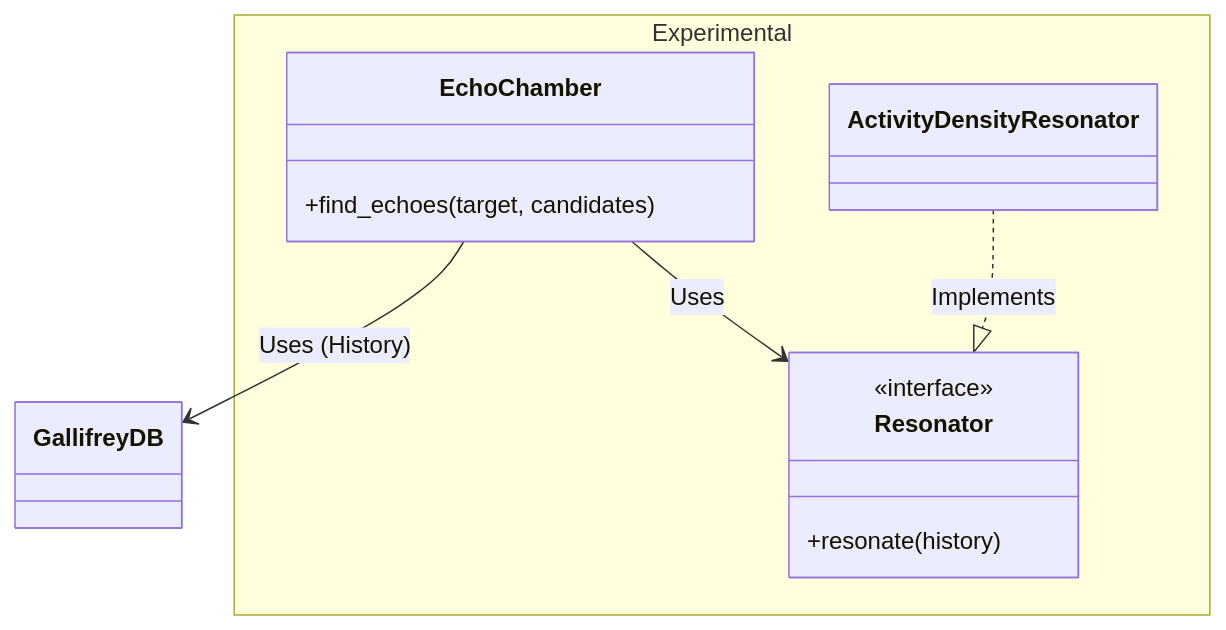
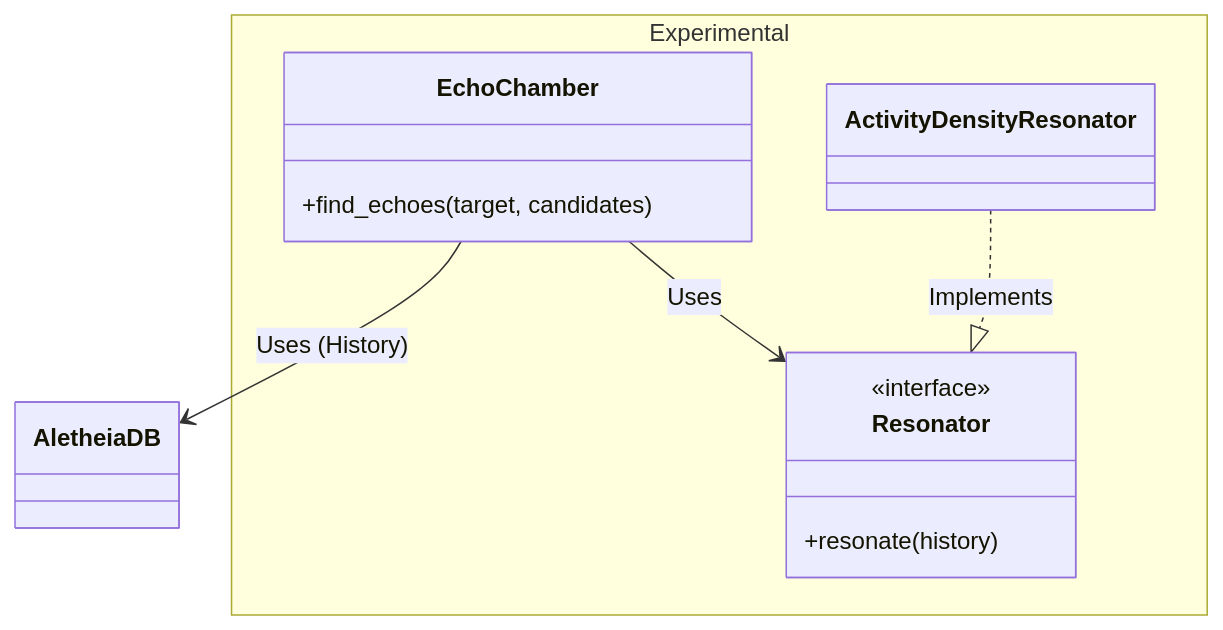
The sixth of 8 diagrams in docs/ARCHITECTURE.md (autumn-foundation/AletheiaDB), drawn with Mermaid before and after one commit. The commit also changed other lines of this file and 316 other files, not shown here.

First line of the commit message:
refactor: Rename project from GallifreyDB to AletheiaDB

````diff
--- a/docs/ARCHITECTURE.md
+++ b/docs/ARCHITECTURE.md
@@ -176,17 +176,17 @@
 ```mermaid
 classDiagram
     namespace Experimental {
         class EchoChamber {
             +find_echoes(target, candidates)
         }
         class Resonator {
             <<interface>>
             +resonate(history)
         }
         class ActivityDensityResonator
     }
 
-    EchoChamber --> GallifreyDB : Uses (History)
+    EchoChamber --> AletheiaDB : Uses (History)
     EchoChamber --> Resonator : Uses
     ActivityDensityResonator ..|> Resonator : Implements
 ```
````
